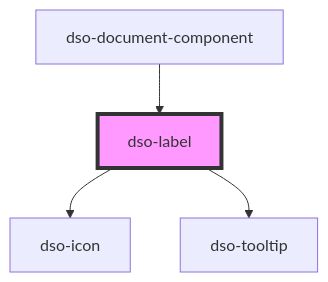
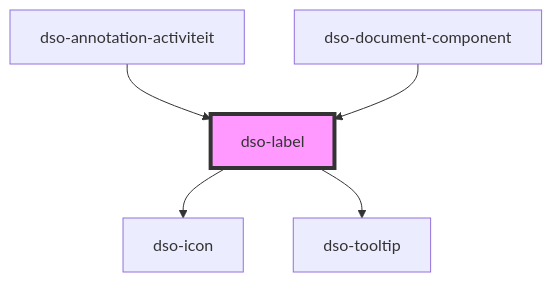
The diagram in packages/core/src/components/label/readme.md (dso-toolkit/dso-toolkit), drawn with Mermaid before and after one commit. The commit also changed other lines of this file and 28 other files, not shown here.

````diff
--- a/packages/core/src/components/label/readme.md
+++ b/packages/core/src/components/label/readme.md
@@ -41,7 +42,8 @@
 ```mermaid
 graph TD;
   dso-label --> dso-icon
   dso-label --> dso-tooltip
+  dso-annotation-activiteit --> dso-label
   dso-document-component --> dso-label
   style dso-label fill:#f9f,stroke:#333,stroke-width:4px
 ```
````
